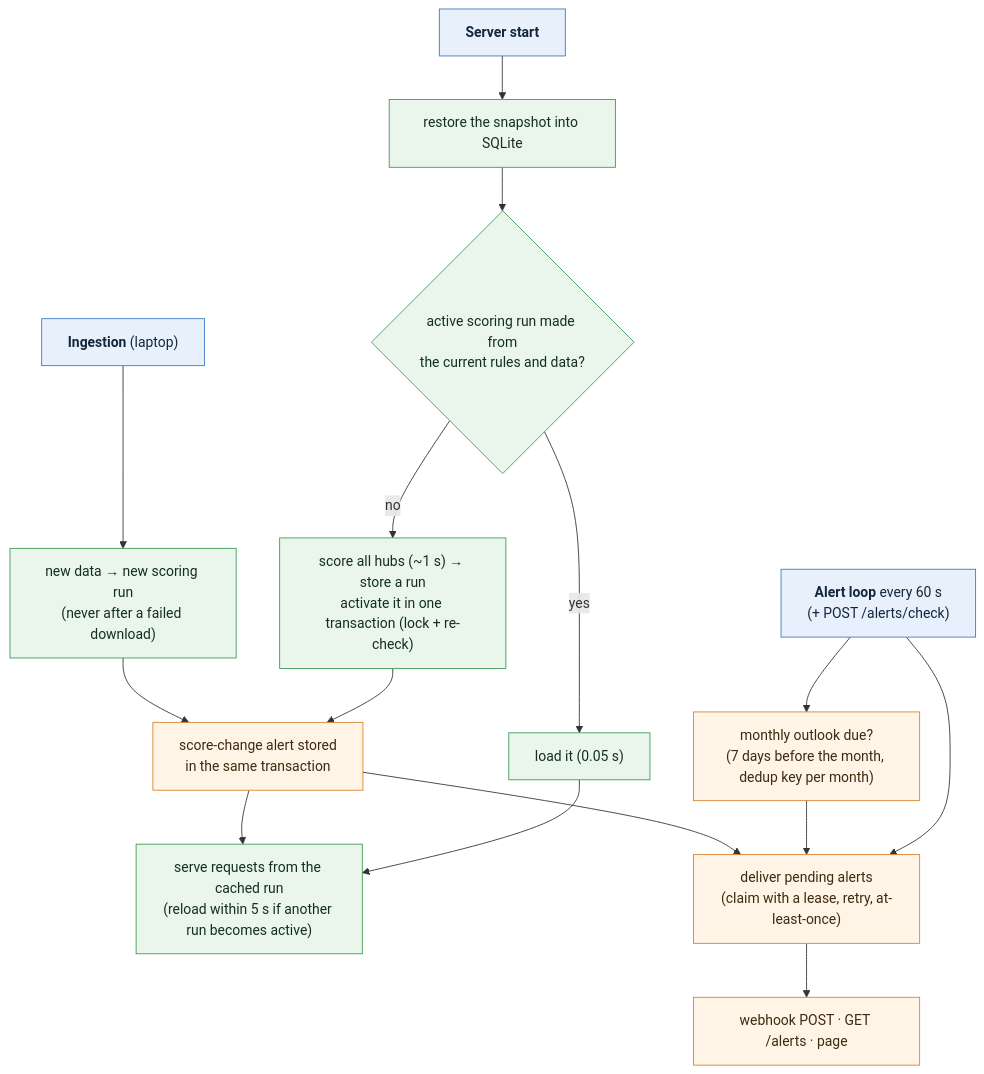
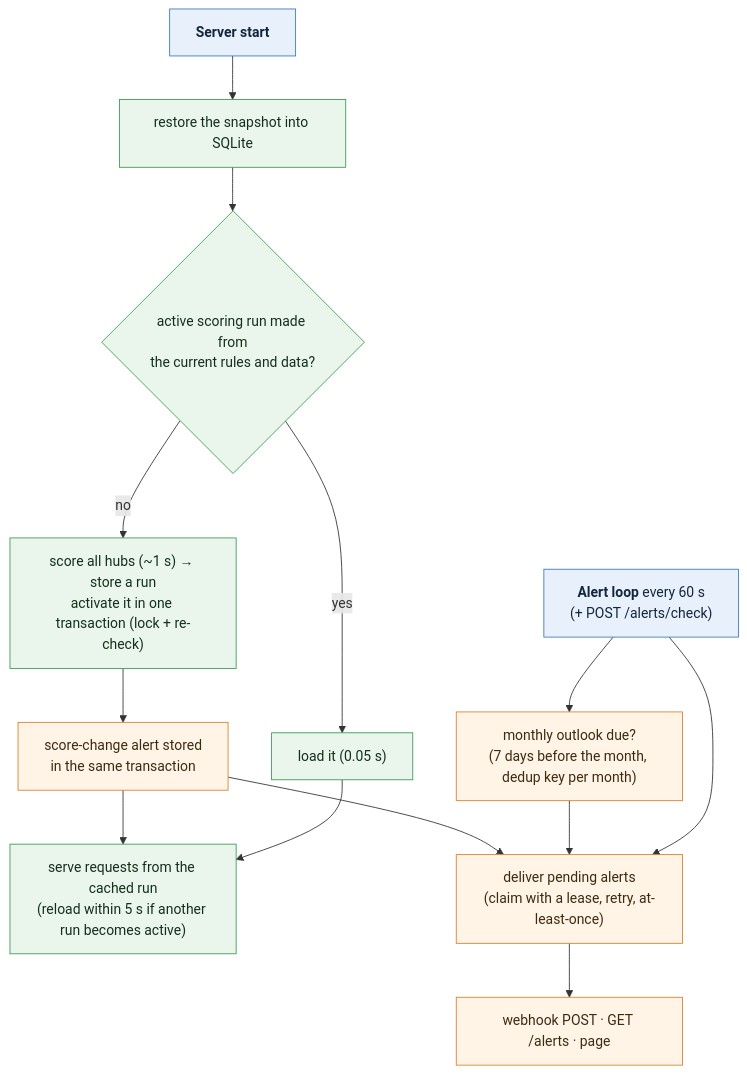
Before and after one commit to Omer212111/Home-assignment-Moveo: the third of 3 diagrams in docs/ARCHITECTURE.md, drawn with Mermaid. The commit also changed other lines of this file and 8 other files, not shown here.

First line of the commit message:
Architecture diagrams show the running system only (ingestion and deployment moved to setup); /rankings drawn with its real callers (API clients); PDF summary updated

````diff
--- a/docs/ARCHITECTURE.md
+++ b/docs/ARCHITECTURE.md
@@ -121,26 +109,24 @@
 ```mermaid
 flowchart TB
     START["<b>Server start</b>"] --> RESTORE["restore the snapshot into SQLite"]
     RESTORE --> MATCH{"active scoring run made from<br/>the current rules and data?"}
     MATCH -- yes --> LOAD["load it (0.05 s)"]
     MATCH -- no --> SCORE["score all hubs (~1 s) → store a run<br/>activate it in one transaction (lock + re-check)"]
     SCORE --> CHANGE["score-change alert stored<br/>in the same transaction"]
     LOAD --> SERVE["serve requests from the cached run<br/>(reload within 5 s if another run becomes active)"]
     CHANGE --> SERVE
 
-    INGEST["<b>Ingestion</b> (laptop)"] --> NEWRUN["new data → new scoring run<br/>(never after a failed download)"]
-    NEWRUN --> CHANGE
 
     TICK["<b>Alert loop</b> every 60 s<br/>(+ POST /alerts/check)"] --> OUTLOOK["monthly outlook due?<br/>(7 days before the month, dedup key per month)"]
     TICK --> SEND["deliver pending alerts<br/>(claim with a lease, retry, at-least-once)"]
     OUTLOOK --> SEND
     CHANGE --> SEND
     SEND --> WEBHOOK["webhook POST · GET /alerts · page"]
 
     classDef step fill:#eaf6ec,stroke:#3c9a52,color:#14301b
     classDef alert fill:#fff4e5,stroke:#d9822b,color:#3d2a12
     classDef start fill:#e8f1fb,stroke:#3b78c3,color:#13263d
-    class START,INGEST,TICK start
-    class RESTORE,MATCH,LOAD,SCORE,SERVE,NEWRUN step
+    class START,TICK start
+    class RESTORE,MATCH,LOAD,SCORE,SERVE step
     class CHANGE,OUTLOOK,SEND,WEBHOOK alert
 ```
````
